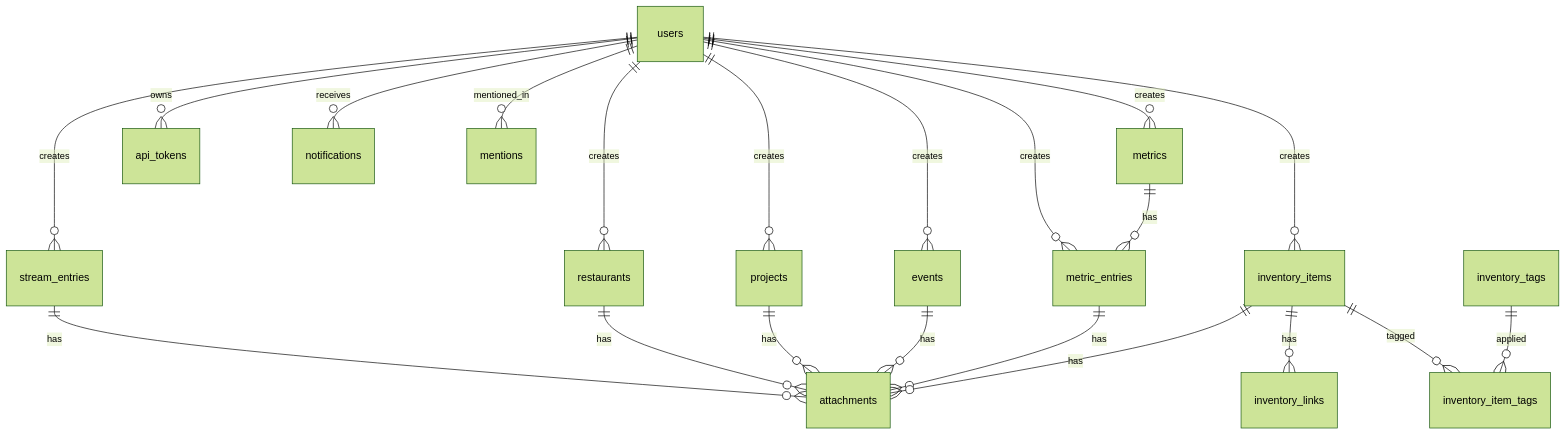
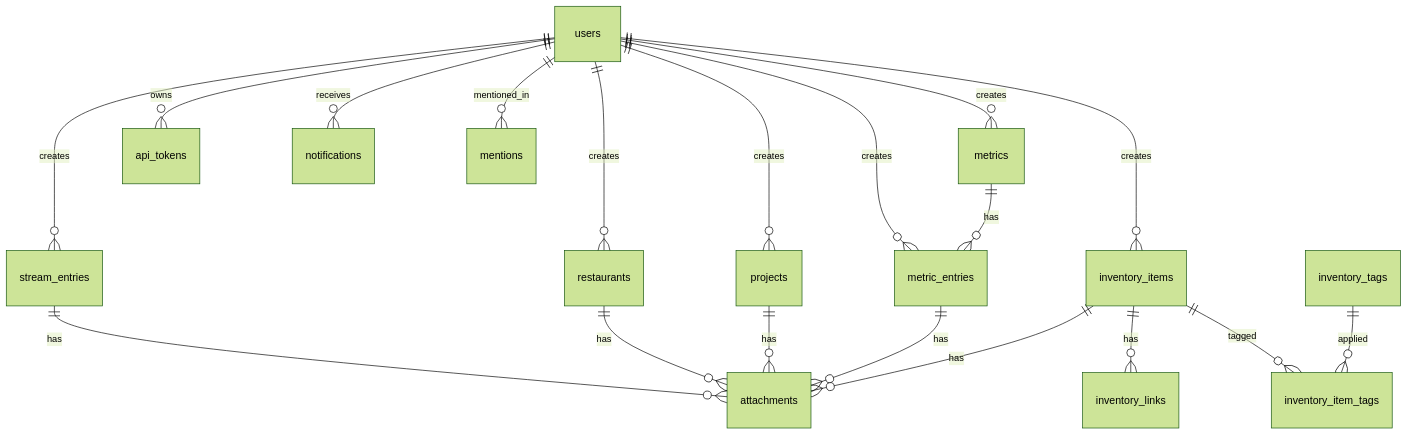
The diagram in docs/design/03_schema.md (csubj/hearth), drawn with Mermaid (forest theme) before and after one commit. The commit also changed other lines of this file and 49 other files, not shown here.

````diff
--- a/docs/design/03_schema.md
+++ b/docs/design/03_schema.md
@@ -319,23 +296,21 @@
 ```mermaid
 erDiagram
   users ||--o{ stream_entries : creates
   users ||--o{ restaurants : creates
   users ||--o{ projects : creates
   users ||--o{ metrics : creates
   users ||--o{ metric_entries : creates
-  users ||--o{ events : creates
   users ||--o{ inventory_items : creates
   users ||--o{ api_tokens : owns
   users ||--o{ notifications : receives
   users ||--o{ mentions : mentioned_in
   metrics ||--o{ metric_entries : has
   inventory_items ||--o{ inventory_links : has
   inventory_items ||--o{ inventory_item_tags : tagged
   inventory_tags ||--o{ inventory_item_tags : applied
   stream_entries ||--o{ attachments : has
   restaurants ||--o{ attachments : has
   projects ||--o{ attachments : has
-  events ||--o{ attachments : has
   metric_entries ||--o{ attachments : has
   inventory_items ||--o{ attachments : has
 ```
````
